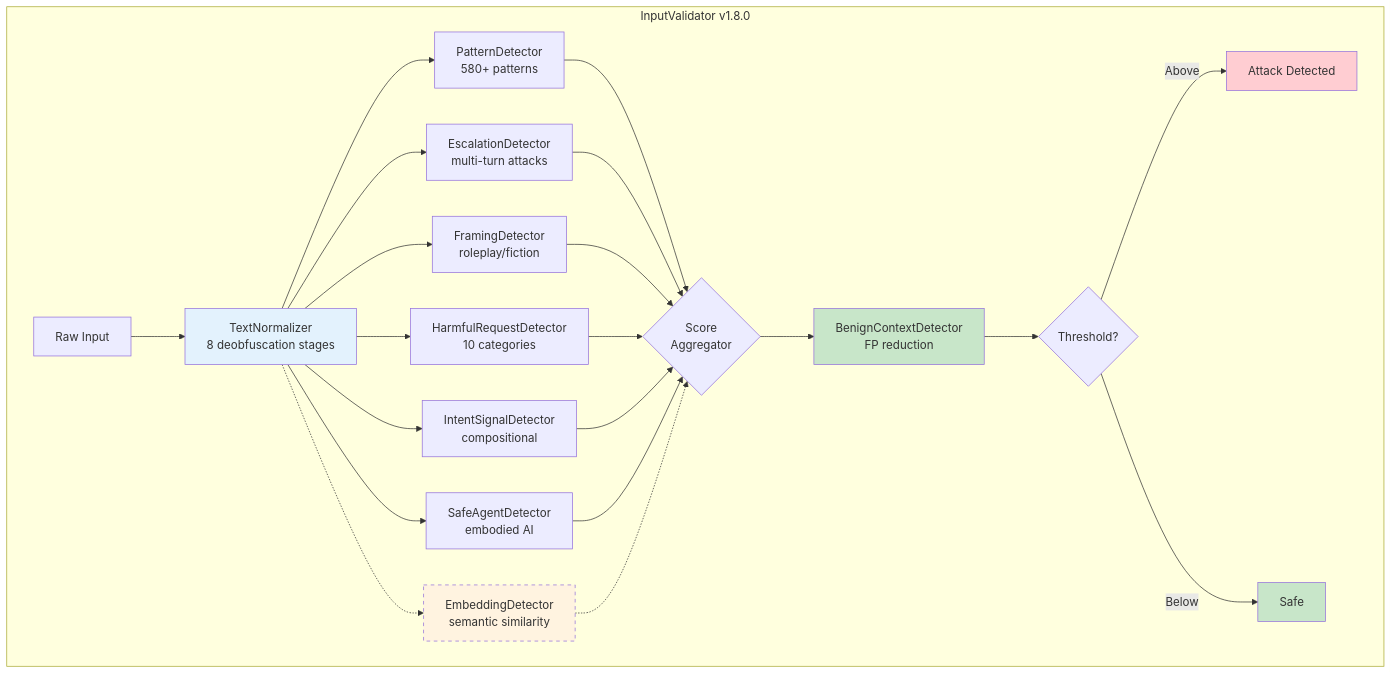
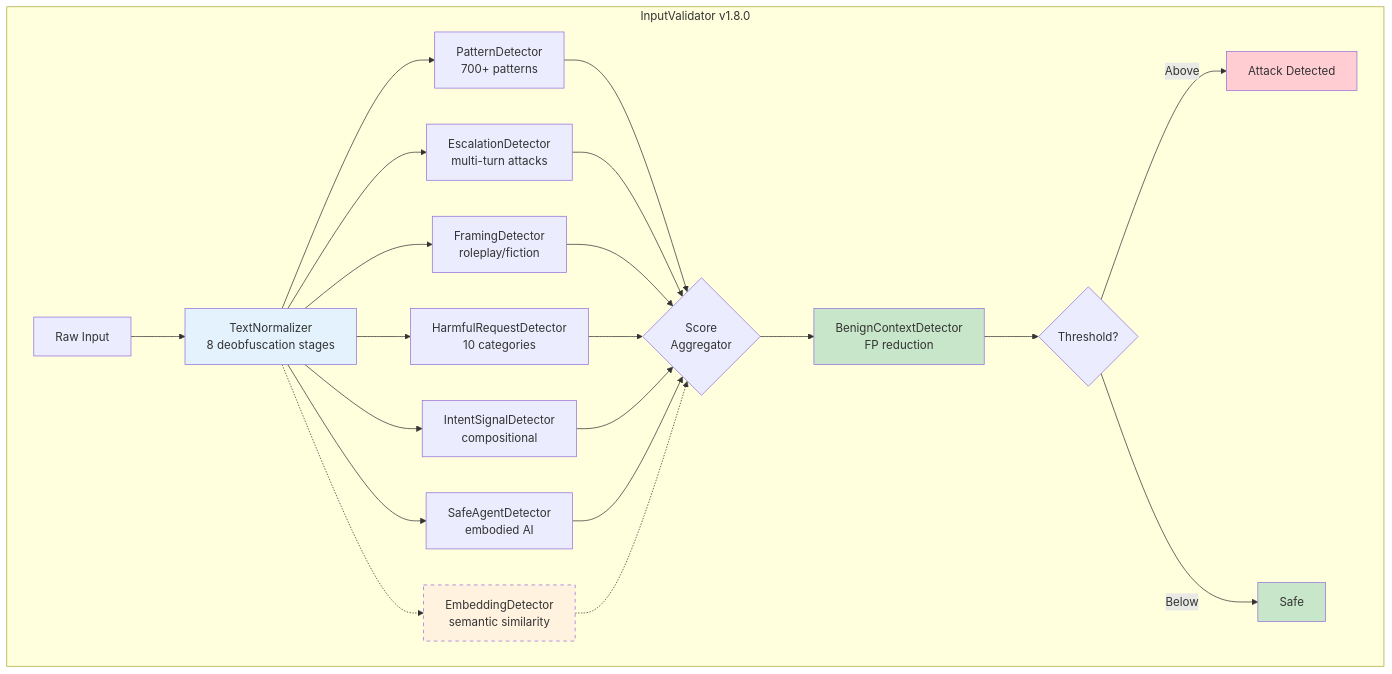
One commit to sentinel-seed/sentinel changed the seventh of 9 diagrams in docs/ARCHITECTURE.md. Above: the diagram before and after it, drawn with Mermaid. The commit also changed other lines of this file and 15 other files, not shown here.

````diff
--- a/docs/ARCHITECTURE.md
+++ b/docs/ARCHITECTURE.md
@@ -320,32 +320,32 @@
 ```mermaid
 flowchart TD
     subgraph IV["InputValidator v1.8.0"]
         Input[Raw Input] --> TN[TextNormalizer<br/>8 deobfuscation stages]
-        TN --> PD[PatternDetector<br/>580+ patterns]
+        TN --> PD[PatternDetector<br/>700+ patterns]
         TN --> ED[EscalationDetector<br/>multi-turn attacks]
         TN --> FD[FramingDetector<br/>roleplay/fiction]
         TN --> HRD[HarmfulRequestDetector<br/>10 categories]
         TN --> ISD[IntentSignalDetector<br/>compositional]
         TN --> SAD[SafeAgentDetector<br/>embodied AI]
         TN -.-> EMB[EmbeddingDetector<br/>semantic similarity]
 
         PD --> AGG{Score<br/>Aggregator}
         ED --> AGG
         FD --> AGG
         HRD --> AGG
         ISD --> AGG
         SAD --> AGG
         EMB -.-> AGG
 
         AGG --> BCD[BenignContextDetector<br/>FP reduction]
         BCD --> D{Threshold?}
         D -->|Above| Attack[Attack Detected]
         D -->|Below| Safe[Safe]
     end
 
     style TN fill:#e3f2fd
     style BCD fill:#c8e6c9
     style EMB fill:#fff3e0,stroke-dasharray: 5 5
     style Attack fill:#ffcdd2
     style Safe fill:#c8e6c9
 ```
````
